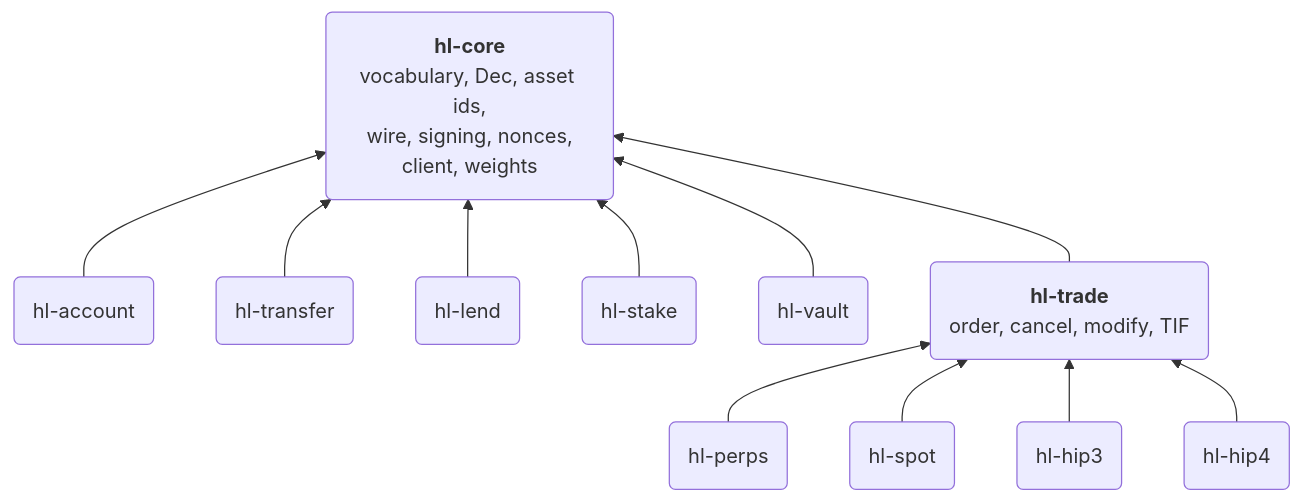
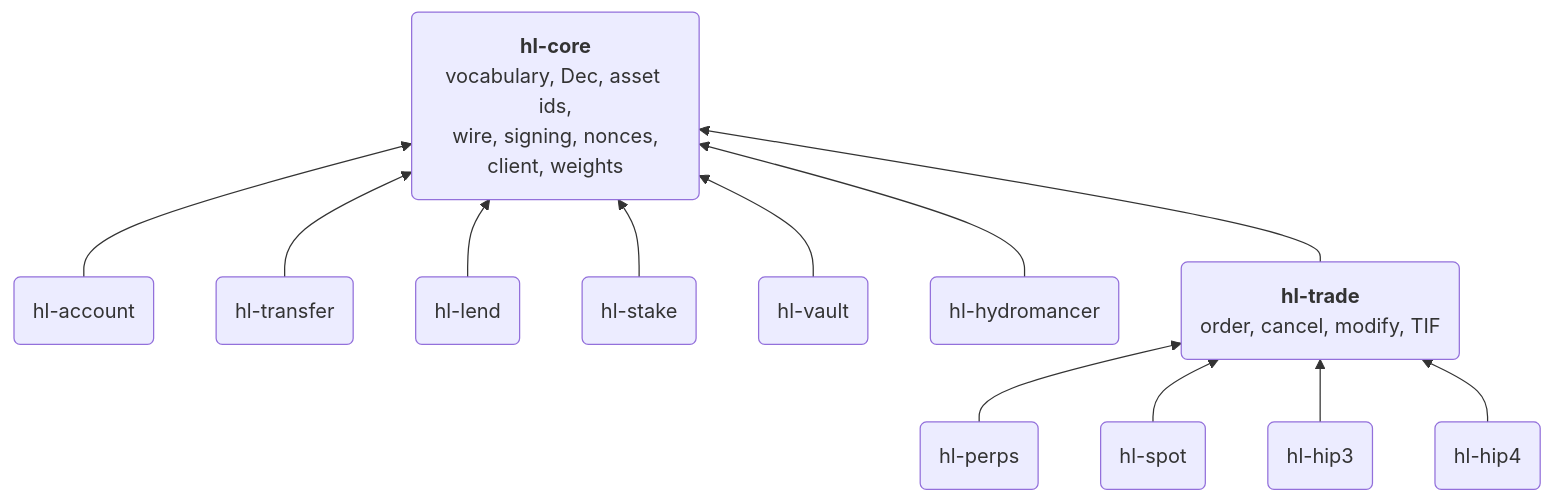
Before and after one commit to dennisfurrer/df-hyperliquid-core: the diagram in README.md, drawn with Mermaid. The commit also changed other lines of this file and 38 other files, not shown here.

````diff
--- a/README.md
+++ b/README.md
@@ -5,17 +5,18 @@
 ```mermaid
 flowchart BT
   CORE("<b>hl-core</b><br/>vocabulary, Dec, asset ids,<br/>wire, signing, nonces,<br/>client, weights")
   TRADE("<b>hl-trade</b><br/>order, cancel, modify, TIF")
 
   ACCOUNT("hl-account") --> CORE
   TRANSFER("hl-transfer") --> CORE
   LEND("hl-lend") --> CORE
   STAKE("hl-stake") --> CORE
   VAULT("hl-vault") --> CORE
+  HYDRO("hl-hydromancer") --> CORE
   TRADE --> CORE
 
   PERPS("hl-perps") --> TRADE
   SPOT("hl-spot") --> TRADE
   HIP3("hl-hip3") --> TRADE
   HIP4("hl-hip4") --> TRADE
 ```
````
